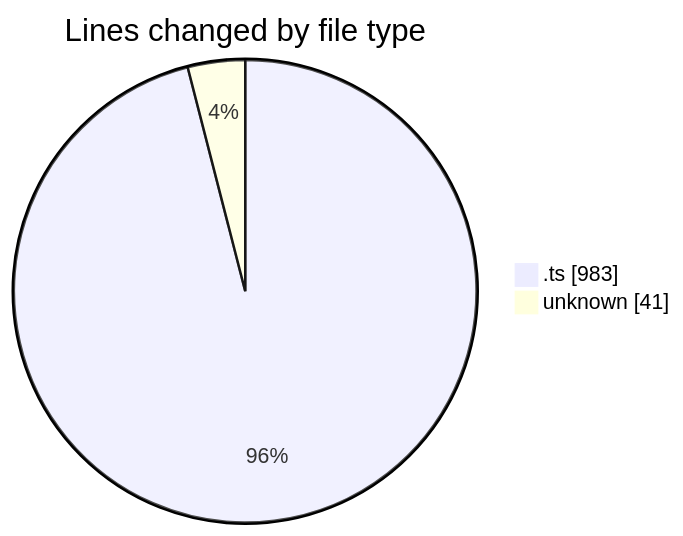
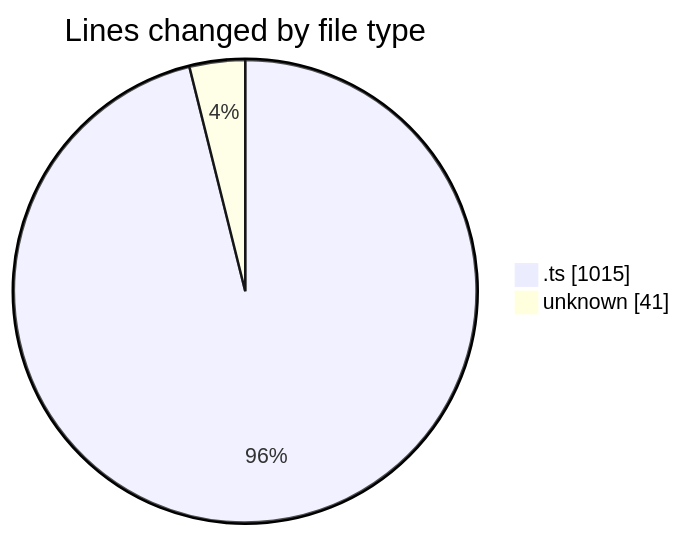
One commit to momahboobian/code-tracking changed the first of 2 diagrams in 2025-08-18/cda/README.md. Above: the diagram before and after it, drawn with Mermaid. The commit also changed other lines of this file and 1 other file, not shown here.

````diff
--- a/2025-08-18/cda/README.md
+++ b/2025-08-18/cda/README.md
@@ -24,6 +24,6 @@
 ```mermaid
 pie showData
 title Lines changed by file type
-".ts" : 983
+".ts" : 1015
 "unknown" : 41
 ```
````
